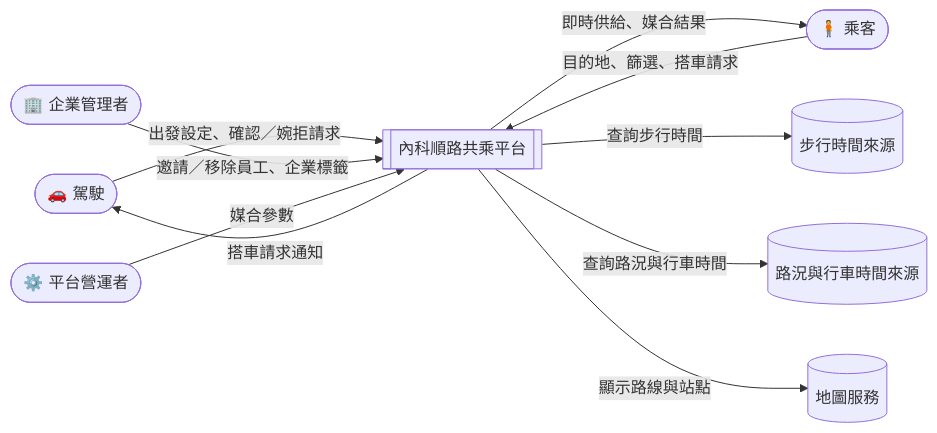
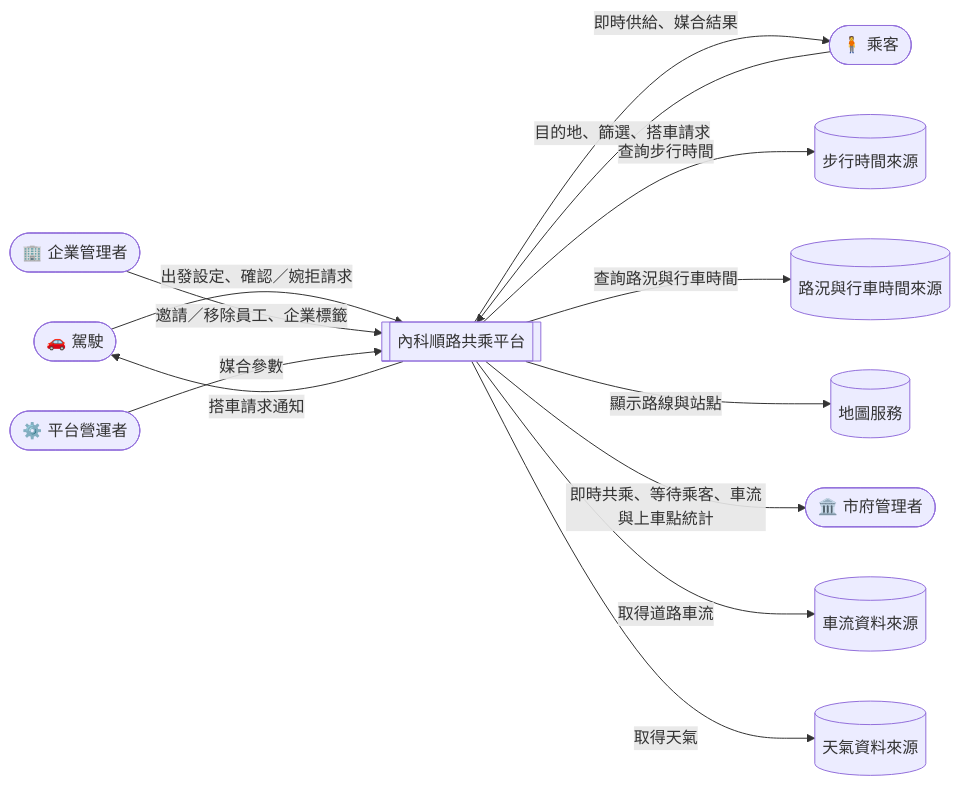
Before and after one commit to sohoffice/debugthon-carpool: the diagram in docs/requirement.md, drawn with Mermaid. The commit also changed other lines of this file and 1 other file, not shown here.

````diff
--- a/docs/requirement.md
+++ b/docs/requirement.md
@@ -71,21 +74,27 @@
 ```mermaid
 flowchart LR
     D([🚗 駕駛])
     P([🧍 乘客])
     E([🏢 企業管理者])
     O([⚙️ 平台營運者])
+    G([🏛️ 市府管理者])
     S[[內科順路共乘平台]]
     W[(步行時間來源)]
     T[(路況與行車時間來源)]
     M[(地圖服務)]
+    V[(車流資料來源)]
+    C[(天氣資料來源)]
 
     D -- 出發設定、確認／婉拒請求 --> S
     S -- 搭車請求通知 --> D
     P -- 目的地、篩選、搭車請求 --> S
     S -- 即時供給、媒合結果 --> P
     E -- 邀請／移除員工、企業標籤 --> S
     O -- 媒合參數 --> S
     S -- 查詢步行時間 --> W
     S -- 查詢路況與行車時間 --> T
     S -- 顯示路線與站點 --> M
+    S -- 即時共乘、等待乘客、車流與上車點統計 --> G
+    S -- 取得道路車流 --> V
+    S -- 取得天氣 --> C
 ```
````
